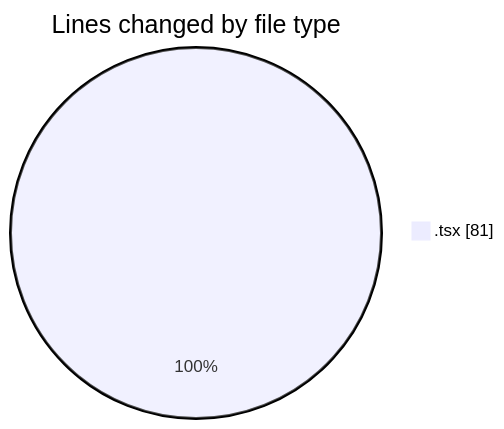
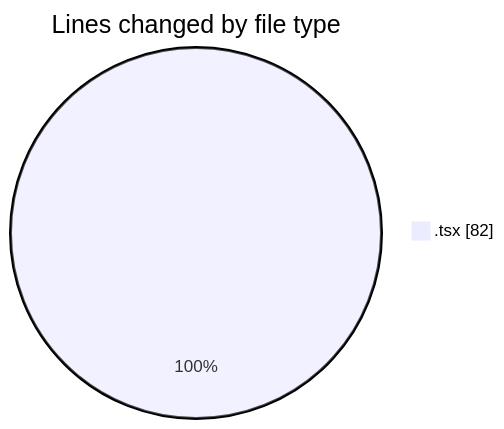
The first of 2 diagrams in 2025-03-05/frontend/README.md (robertbonfada/code-tracking), drawn with Mermaid before and after one commit. The commit also changed other lines of this file and 1 other file, not shown here.

````diff
--- a/2025-03-05/frontend/README.md
+++ b/2025-03-05/frontend/README.md
@@ -20,5 +21,5 @@
 ```mermaid
 pie showData
 title Lines changed by file type
-".tsx" : 81
+".tsx" : 82
 ```
````
